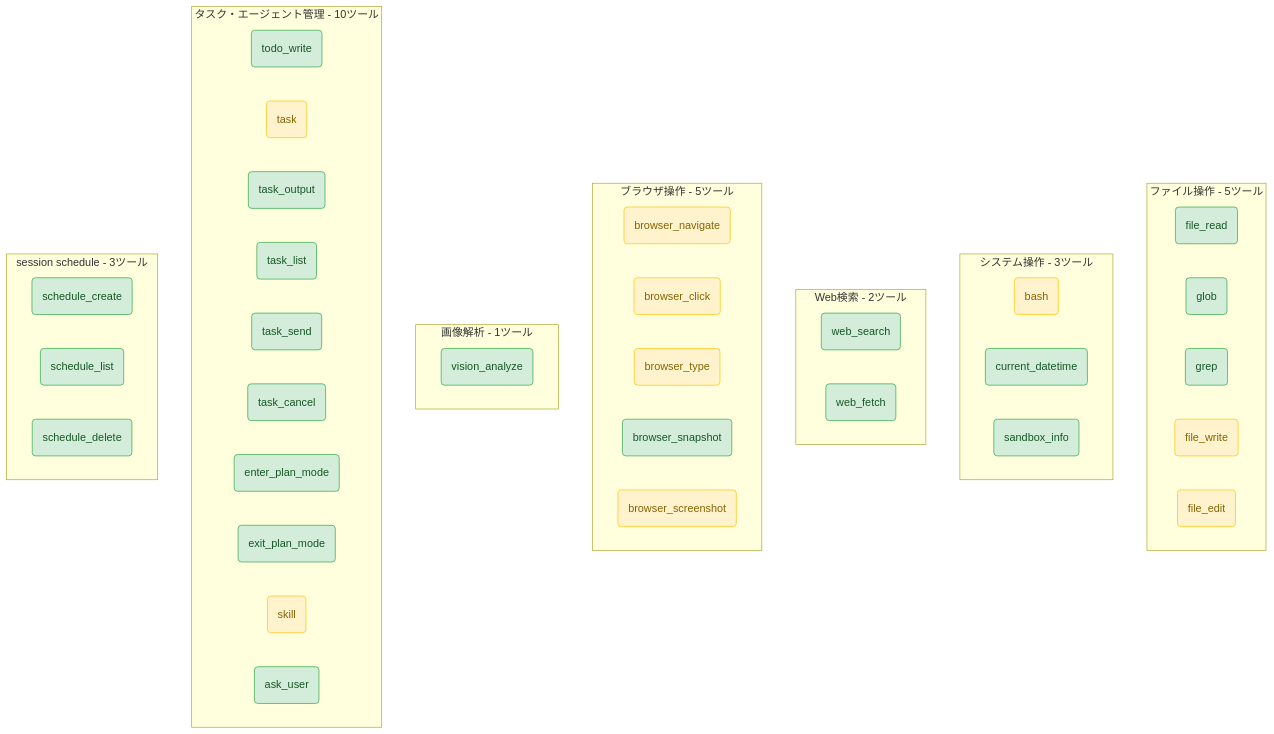
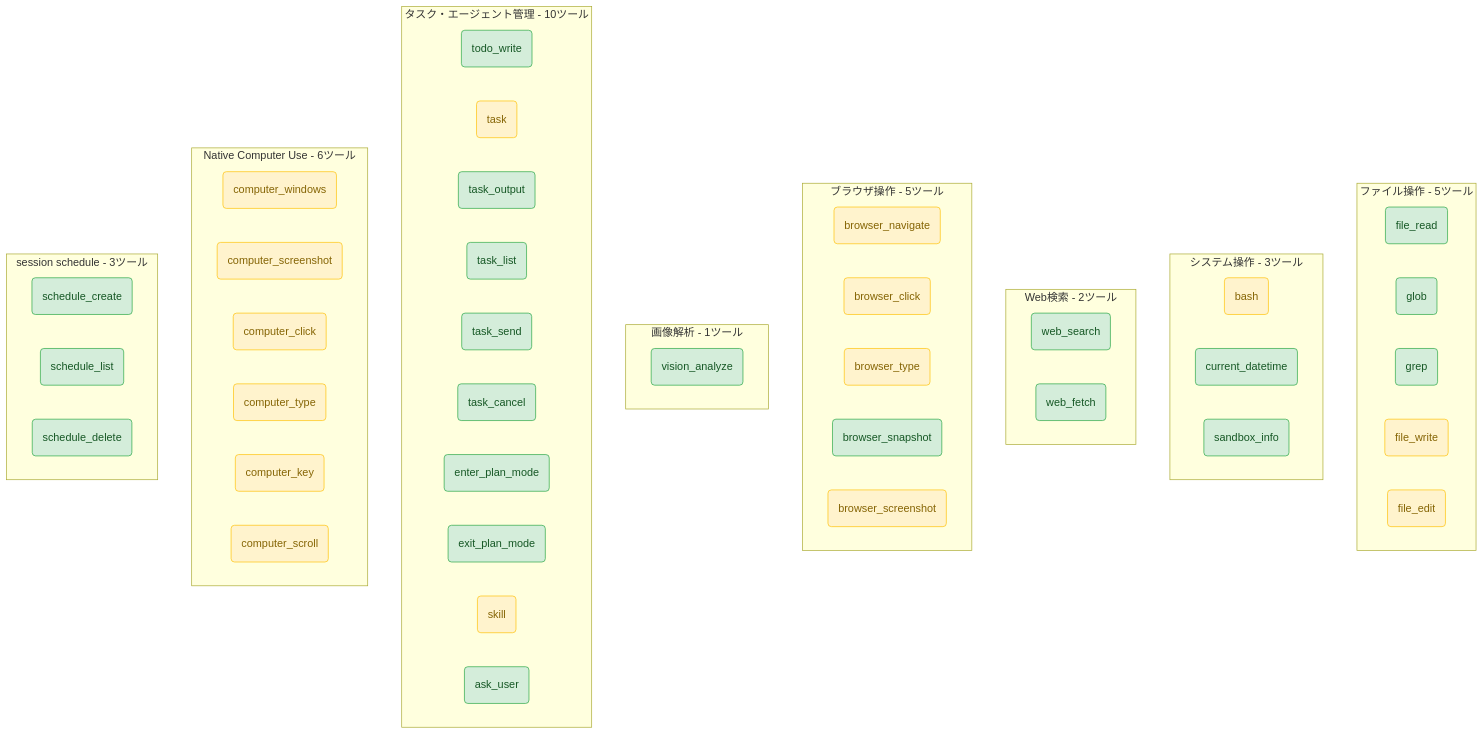
The fourth of 5 diagrams in docs/external_design.md (t2k2pp/lllmAgents), drawn with Mermaid before and after one commit. The commit also changed other lines of this file and 27 other files, not shown here.

````diff
--- a/docs/external_design.md
+++ b/docs/external_design.md
@@ -195,55 +195,64 @@
 ```mermaid
 graph TD
     classDef safe fill:#d4edda,stroke:#28a745,color:#155724;
     classDef ask fill:#fff3cd,stroke:#ffc107,color:#856404;
 
     subgraph Filesystem [ファイル操作 - 5ツール]
         F1(file_read):::safe
         F2(glob):::safe
         F3(grep):::safe
         F4(file_write):::ask
         F5(file_edit):::ask
     end
 
     subgraph System [システム操作 - 3ツール]
         S1(bash):::ask
         S2(current_datetime):::safe
         S3(sandbox_info):::safe
     end
 
     subgraph Web [Web検索 - 2ツール]
         W1(web_search):::safe
         W2(web_fetch):::safe
     end
 
     subgraph Browser [ブラウザ操作 - 5ツール]
         B1(browser_navigate):::ask
         B2(browser_click):::ask
         B3(browser_type):::ask
         B4(browser_snapshot):::safe
         B5(browser_screenshot):::ask
     end
 
     subgraph Vision [画像解析 - 1ツール]
         V1(vision_analyze):::safe
     end
 
     subgraph AgentTools [タスク・エージェント管理 - 10ツール]
         A1(todo_write):::safe
         A2(task):::ask
         A3(task_output):::safe
         A4(task_list):::safe
         A5(task_send):::safe
         A6(task_cancel):::safe
         A7(enter_plan_mode):::safe
         A8(exit_plan_mode):::safe
         A9(skill):::ask
         A10(ask_user):::safe
     end
 
+    subgraph Computer [Native Computer Use - 6ツール]
+        CU1(computer_windows):::ask
+        CU2(computer_screenshot):::ask
+        CU3(computer_click):::ask
+        CU4(computer_type):::ask
+        CU5(computer_key):::ask
+        CU6(computer_scroll):::ask
+    end
+
     subgraph Schedule [session schedule - 3ツール]
         C1(schedule_create):::safe
         C2(schedule_list):::safe
         C3(schedule_delete):::safe
     end
 ```
````
